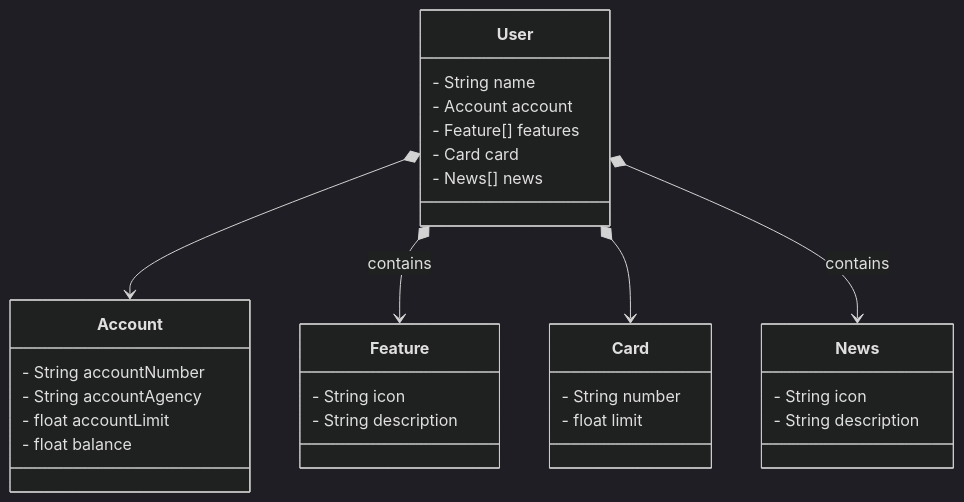
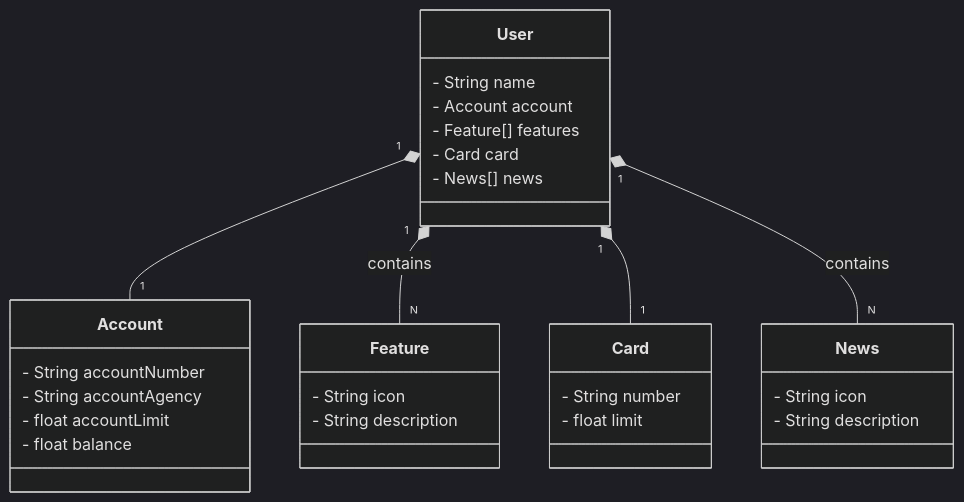
One commit to johnisonLima/bootscamp-springboot-angular changed the diagram in projects/dev/santander_dev_week/README.md. Above: the diagram before and after it, drawn with Mermaid (dark theme).

Commit message:
Atualizar diagrama de classes no README para refletir a relação de multiplicidade entre User e outras entidades

````diff
--- a/projects/dev/santander_dev_week/README.md
+++ b/projects/dev/santander_dev_week/README.md
@@ -4,37 +4,37 @@
 ```mermaid
 classDiagram
     class User {
         - String name
         - Account account
         - Feature[] features
         - Card card
         - News[] news
     }
 
     class Account {
         - String accountNumber
         - String accountAgency
         - float accountLimit
         - float balance
     }
 
     class Feature {
         - String icon
         - String description
     }
 
     class Card {
         - String number
         - float limit
     }
 
     class News {
         - String icon
         - String description
     }
 
-    User *--> Account
-    User *--> Feature : contains
-    User *--> Card
-    User *--> News : contains
+    User "1" *-- "1" Account
+    User "1" *-- "N" Feature : contains
+    User "1" *-- "1" Card
+    User "1" *-- "N" News : contains
 ```
````
